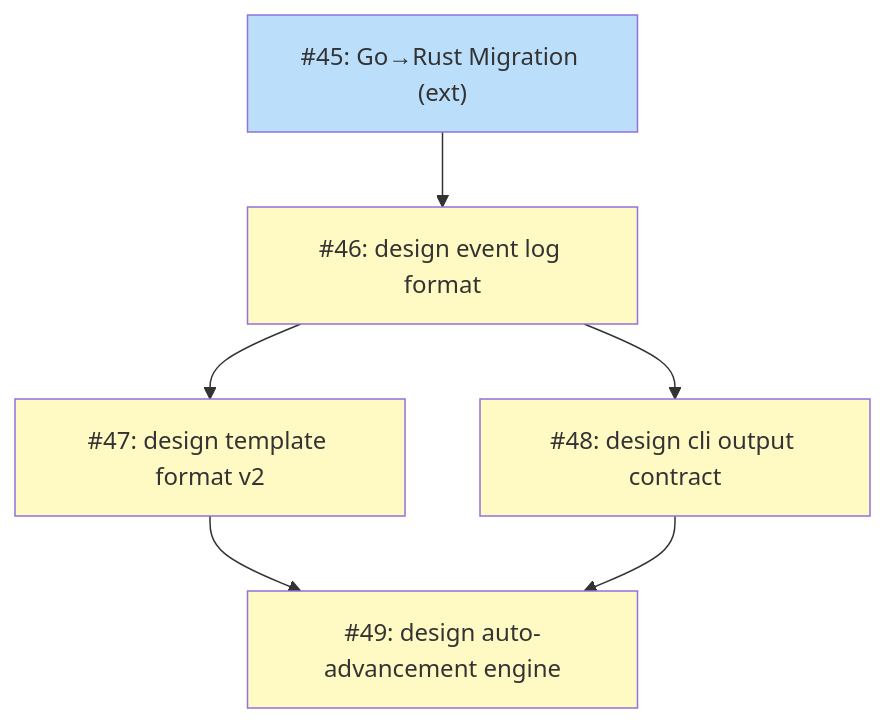
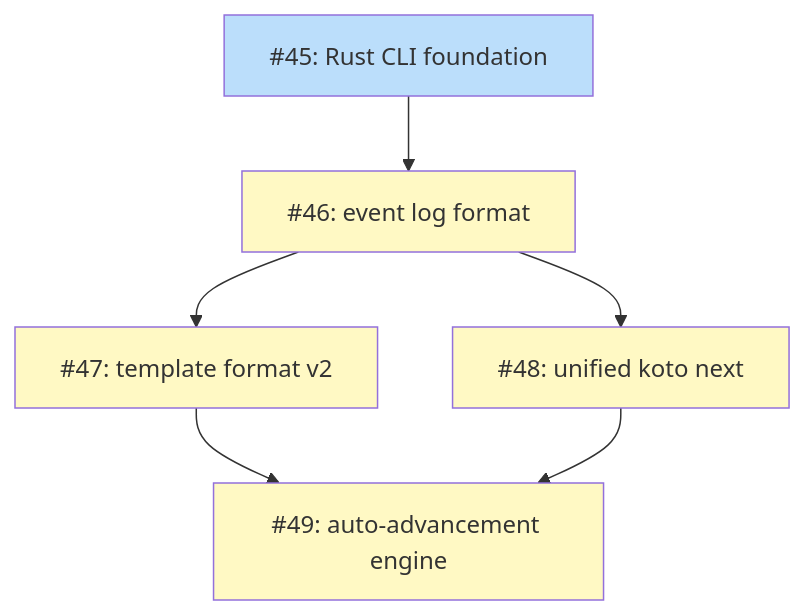
Before and after one commit to tsukumogami/koto: the diagram in docs/plans/PLAN-unified-koto-next.md, drawn with Mermaid. The commit also changed other lines of this file and 55 other files, not shown here.

First line of the commit message:
feat(koto): replace Go implementation with Rust (#50)

````diff
--- a/docs/plans/PLAN-unified-koto-next.md
+++ b/docs/plans/PLAN-unified-koto-next.md
@@ -49,27 +49,27 @@
 ```mermaid
 graph TD
-    I45["#45: Go→Rust Migration (ext)"]
-    I46["#46: design event log format"]
-    I47["#47: design template format v2"]
-    I48["#48: design cli output contract"]
-    I49["#49: design auto-advancement engine"]
+    I45["#45: Rust CLI foundation"]
+    I46["#46: event log format"]
+    I47["#47: template format v2"]
+    I48["#48: unified koto next"]
+    I49["#49: auto-advancement engine"]
 
     I45 --> I46
     I46 --> I47
     I46 --> I48
     I47 --> I49
     I48 --> I49
 
     classDef done fill:#c8e6c9
     classDef ready fill:#bbdefb
     classDef blocked fill:#fff9c4
     classDef needsDesign fill:#e1bee7
     classDef needsPrd fill:#b3e5fc
     classDef needsSpike fill:#ffcdd2
     classDef needsDecision fill:#d1c4e9
     classDef tracksDesign fill:#FFE0B2,stroke:#F57C00,color:#000
     classDef tracksPlan fill:#FFE0B2,stroke:#F57C00,color:#000
 
     class I45 ready
     class I46,I47,I48,I49 blocked
 ```
````
